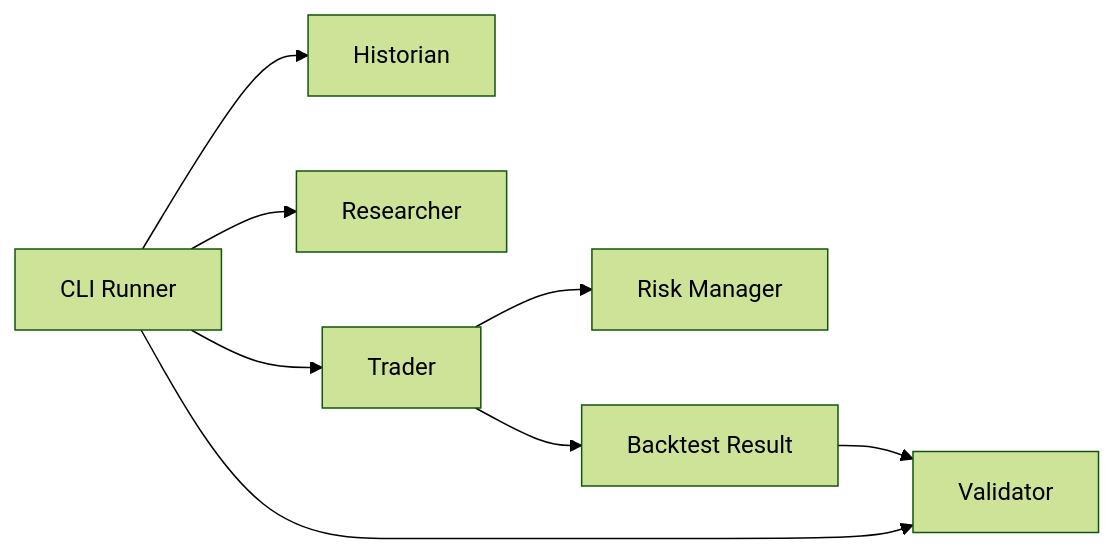
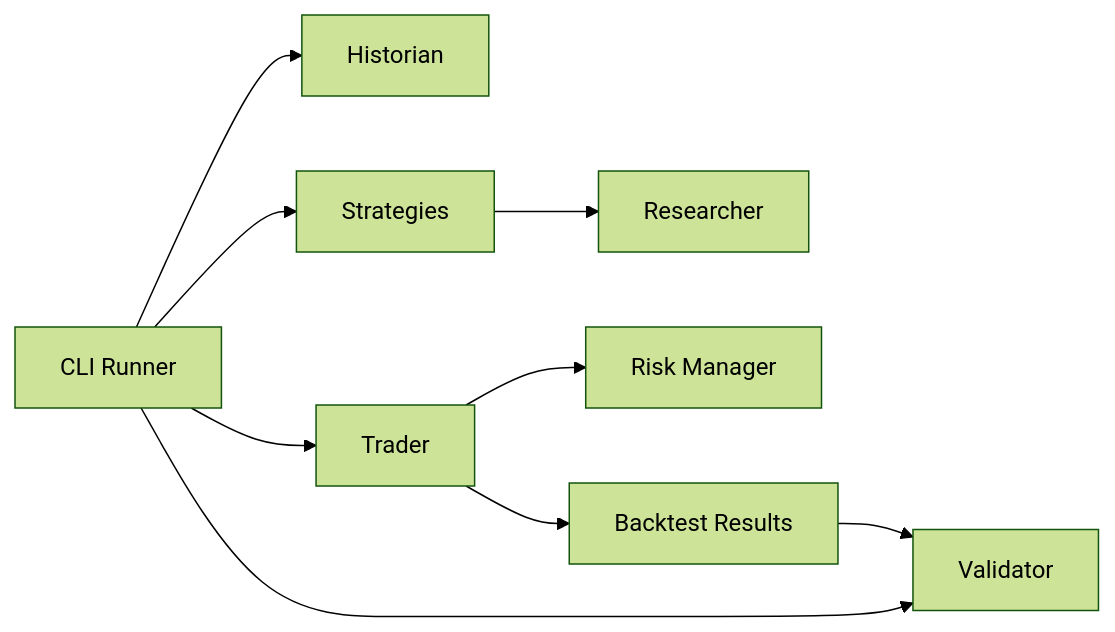
Before and after one commit to lumenXV/PTB-1: the diagram in ARCHITECTURE.md, drawn with Mermaid (forest theme). The commit also changed other lines of this file, not shown here.

Commit message:
Document strategy engine architecture

````diff
--- a/ARCHITECTURE.md
+++ b/ARCHITECTURE.md
@@ -13,10 +13,11 @@
 ```mermaid
 flowchart LR
     CLI["CLI Runner"] --> Historian["Historian"]
-    CLI --> Researcher["Researcher"]
+    CLI --> Strategies["Strategies"]
+    Strategies --> Researcher["Researcher"]
     CLI --> Trader["Trader"]
     Trader --> RiskManager["Risk Manager"]
-    Trader --> Result["Backtest Result"]
+    Trader --> Result["Backtest Results"]
     CLI --> Validator["Validator"]
     Result --> Validator
 ```
````
